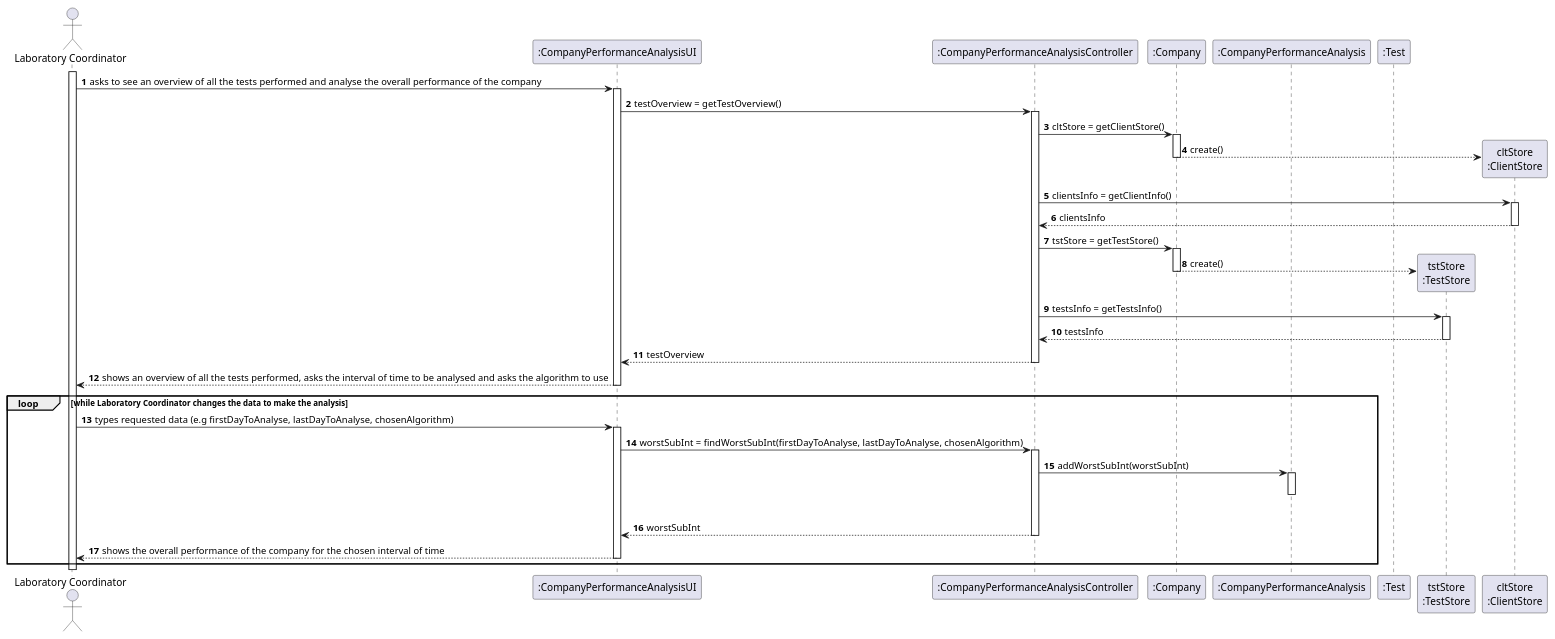
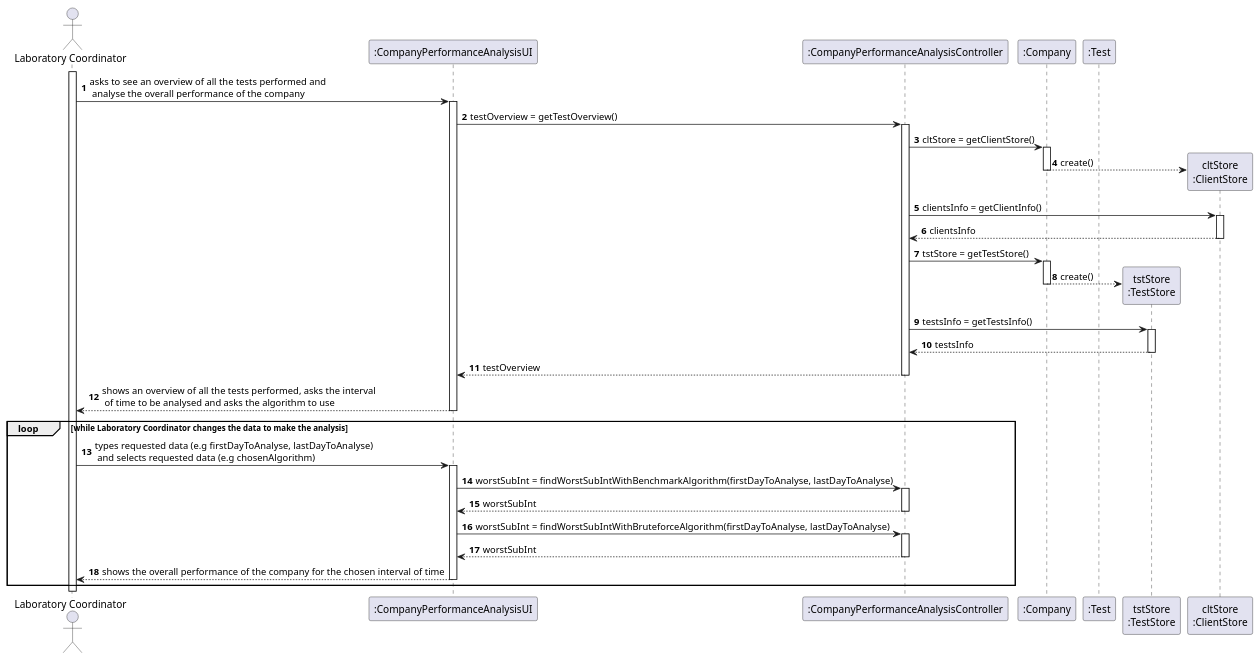
Before and after one commit to ana-albergaria/LAPR2-ISEP: the diagram in docs/SprintD/US_16/US16_SD.puml, drawn with PlantUML. The commit also changed 15 other files, not shown here.

Commit message:
Corrected error in US16 Diagrams and Documentations, and Continued US16 Code.

```diff
--- a/docs/SprintD/US_16/US16_SD.puml
+++ b/docs/SprintD/US_16/US16_SD.puml
@@ -1,61 +1,61 @@
 @startuml
 autonumber
 actor "Laboratory Coordinator" as LC
 
 participant ":CompanyPerformanceAnalysisUI" as UI
 participant ":CompanyPerformanceAnalysisController" as CTRL
 participant ":Company" as CMP
-participant ":CompanyPerformanceAnalysis" as CPA
 participant ":Test" as TST
 participant "tstStore\n:TestStore" as TSTSTORE
 participant "cltStore\n:ClientStore" as CLTSTORE
 
 activate LC
-LC -> UI : asks to see an overview of all the tests performed and analyse the overall performance of the company
+LC -> UI : asks to see an overview of all the tests performed and \n analyse the overall performance of the company
 activate UI
 
 UI -> CTRL : testOverview = getTestOverview()
 activate CTRL
 
 CTRL -> CMP : cltStore = getClientStore()
 activate CMP
 CMP --> CLTSTORE** : create()
 deactivate CMP
 CTRL -> CLTSTORE : clientsInfo = getClientInfo()
 activate CLTSTORE
 CLTSTORE --> CTRL : clientsInfo
 deactivate CLTSTORE
 
 CTRL -> CMP : tstStore = getTestStore()
 activate CMP
 CMP --> TSTSTORE** : create()
 deactivate CMP
 CTRL -> TSTSTORE : testsInfo = getTestsInfo()
 activate TSTSTORE
 TSTSTORE --> CTRL : testsInfo
 deactivate TSTSTORE
 
 CTRL --> UI : testOverview
 deactivate CTRL
 
-UI --> LC : shows an overview of all the tests performed, asks the interval of time to be analysed and asks the algorithm to use
+UI --> LC : shows an overview of all the tests performed, asks the interval \n of time to be analysed and asks the algorithm to use
 deactivate UI
 
 loop while Laboratory Coordinator changes the data to make the analysis
-LC -> UI : types requested data (e.g firstDayToAnalyse, lastDayToAnalyse, chosenAlgorithm)
+LC -> UI : types requested data (e.g firstDayToAnalyse, lastDayToAnalyse) \n and selects requested data (e.g chosenAlgorithm)
 activate UI
 
-UI -> CTRL : worstSubInt = findWorstSubInt(firstDayToAnalyse, lastDayToAnalyse, chosenAlgorithm)
+UI -> CTRL : worstSubInt = findWorstSubIntWithBenchmarkAlgorithm(firstDayToAnalyse, lastDayToAnalyse)
 activate CTRL
-CTRL -> CPA : addWorstSubInt(worstSubInt)
-activate CPA
-|||
-deactivate CPA
+CTRL --> UI : worstSubInt
+deactivate CTRL
+
+UI -> CTRL : worstSubInt = findWorstSubIntWithBruteforceAlgorithm(firstDayToAnalyse, lastDayToAnalyse)
+activate CTRL
 CTRL --> UI : worstSubInt
 deactivate CTRL
 
 UI --> LC : shows the overall performance of the company for the chosen interval of time
 deactivate UI
 end
 
 @enduml
```
